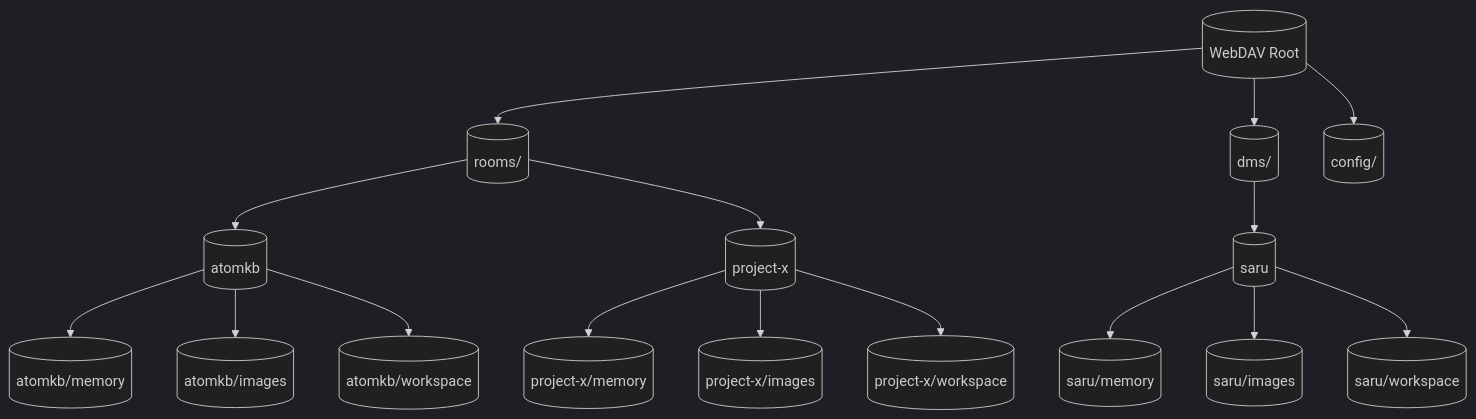
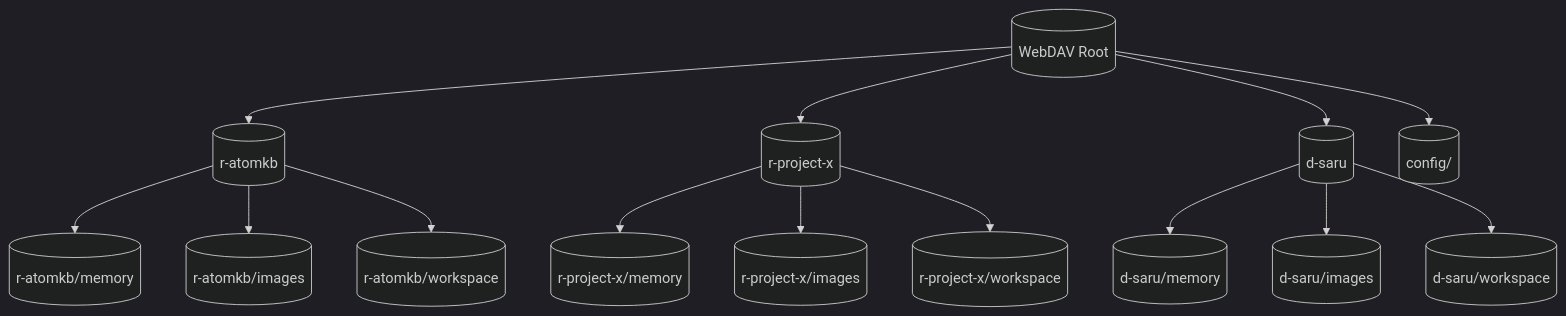
The fourth of 4 diagrams in _dfds/base/webdav.md (cosmoswafer/rockbot), drawn with Mermaid (dark theme) before and after one commit. The commit also changed other lines of this file and 5 other files, not shown here.

````diff
--- a/_dfds/base/webdav.md
+++ b/_dfds/base/webdav.md
@@ -129,35 +131,31 @@
 ```mermaid
 flowchart TD
     ROOT[(WebDAV Root)]
-    ROOMS[(rooms/)]
-    DMS[(dms/)]
-    CH_ATOM[(atomkb)]
-    CH_PROJ[(project-x)]
-    DM_SARU[(saru)]
-    MEM_CH_ATOM[(atomkb/memory)]
-    MEM_CH_PROJ[(project-x/memory)]
-    MEM_DM_SARU[(saru/memory)]
-    IMG_CH_ATOM[(atomkb/images)]
-    IMG_CH_PROJ[(project-x/images)]
-    IMG_DM_SARU[(saru/images)]
-    WSP_CH_ATOM[(atomkb/workspace)]
-    WSP_CH_PROJ[(project-x/workspace)]
-    WSP_DM_SARU[(saru/workspace)]
+    CH_ATOM[(r-atomkb)]
+    CH_PROJ[(r-project-x)]
+    DM_SARU[(d-saru)]
+    MEM_CH_ATOM[(r-atomkb/memory)]
+    MEM_CH_PROJ[(r-project-x/memory)]
+    MEM_DM_SARU[(d-saru/memory)]
+    IMG_CH_ATOM[(r-atomkb/images)]
+    IMG_CH_PROJ[(r-project-x/images)]
+    IMG_DM_SARU[(d-saru/images)]
+    WSP_CH_ATOM[(r-atomkb/workspace)]
+    WSP_CH_PROJ[(r-project-x/workspace)]
+    WSP_DM_SARU[(d-saru/workspace)]
     CFG_DIR[(config/)]
 
-    ROOT --> ROOMS
-    ROOT --> DMS
+    ROOT --> CH_ATOM
+    ROOT --> CH_PROJ
+    ROOT --> DM_SARU
     ROOT --> CFG_DIR
-    ROOMS --> CH_ATOM
-    ROOMS --> CH_PROJ
-    DMS --> DM_SARU
     CH_ATOM --> MEM_CH_ATOM
     CH_ATOM --> IMG_CH_ATOM
     CH_ATOM --> WSP_CH_ATOM
     CH_PROJ --> MEM_CH_PROJ
     CH_PROJ --> IMG_CH_PROJ
     CH_PROJ --> WSP_CH_PROJ
     DM_SARU --> MEM_DM_SARU
     DM_SARU --> IMG_DM_SARU
     DM_SARU --> WSP_DM_SARU
 ```
````
